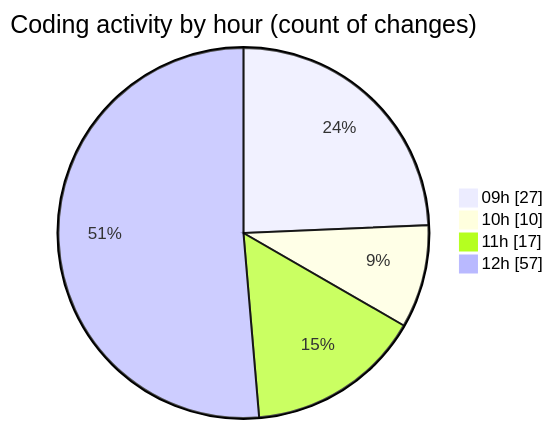
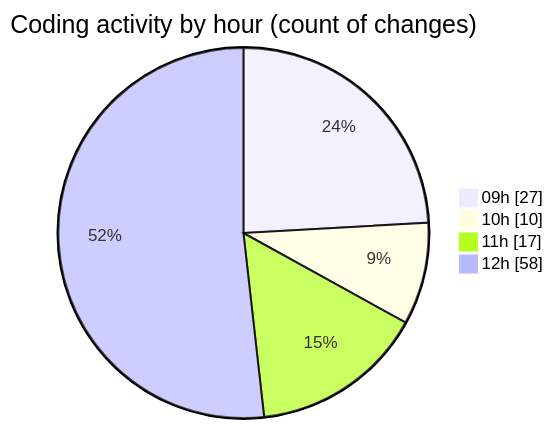
The second of 2 diagrams in 2026-05-15/cda/README.md (momahboobian/code-tracking), drawn with Mermaid before and after one commit. The commit also changed other lines of this file and 1 other file, not shown here.

````diff
--- a/2026-05-15/cda/README.md
+++ b/2026-05-15/cda/README.md
@@ -56,8 +56,8 @@
 ```mermaid
 pie showData
 title Coding activity by hour (count of changes)
 "09h" : 27
 "10h" : 10
 "11h" : 17
-"12h" : 57
+"12h" : 58
 ```
````
